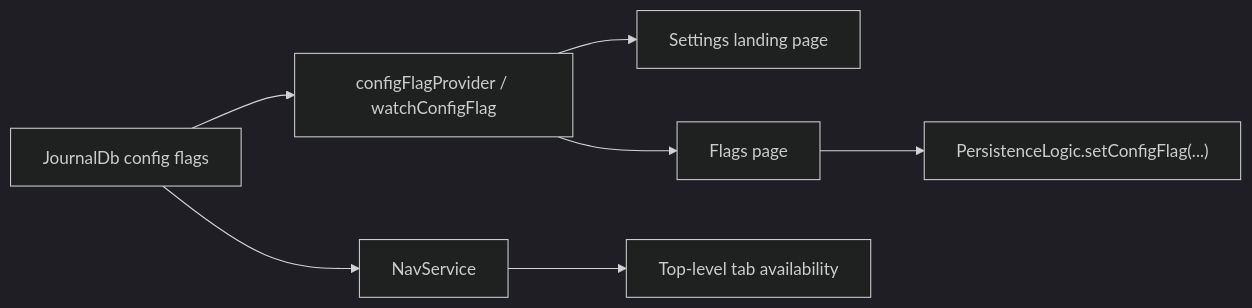
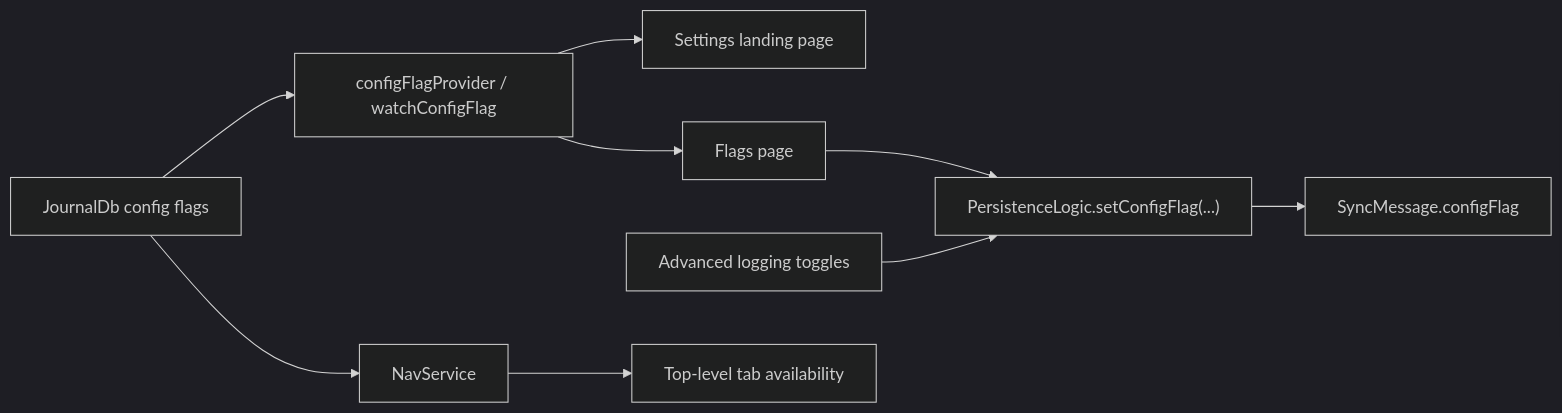
The third of 4 diagrams in lib/features/settings/README.md (matthiasn/lotti), drawn with Mermaid (dark theme) before and after one commit. The commit also changed other lines of this file and 37 other files, not shown here.

Commit message:
feat: sync config flag settings

````diff
--- a/lib/features/settings/README.md
+++ b/lib/features/settings/README.md
@@ -184,9 +184,11 @@
 ```mermaid
 flowchart LR
   JournalDb["JournalDb config flags"] --> FlagProvider["configFlagProvider / watchConfigFlag"]
   FlagProvider --> SettingsLanding["Settings landing page"]
   FlagProvider --> FlagsPage["Flags page"]
   FlagsPage --> Persistence["PersistenceLogic.setConfigFlag(...)"]
+  Logging["Advanced logging toggles"] --> Persistence
+  Persistence --> FlagSync["SyncMessage.configFlag"]
   JournalDb --> NavService["NavService"]
   NavService --> Tabs["Top-level tab availability"]
 ```
````
